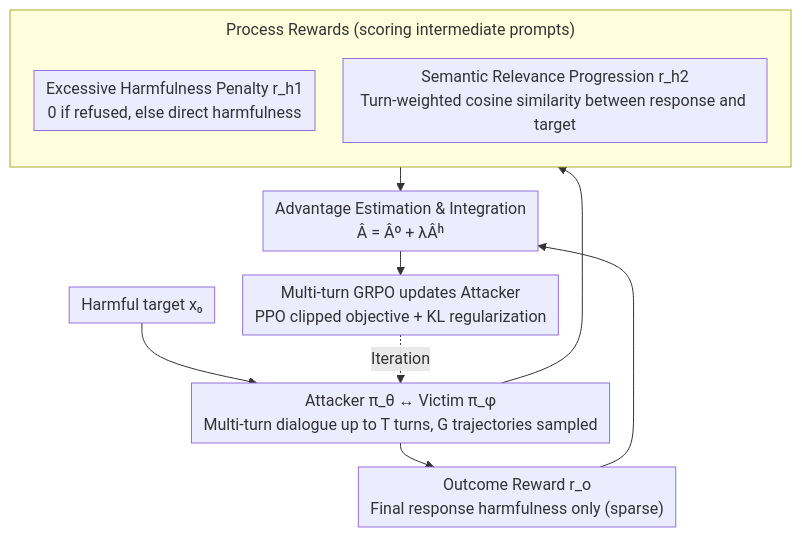
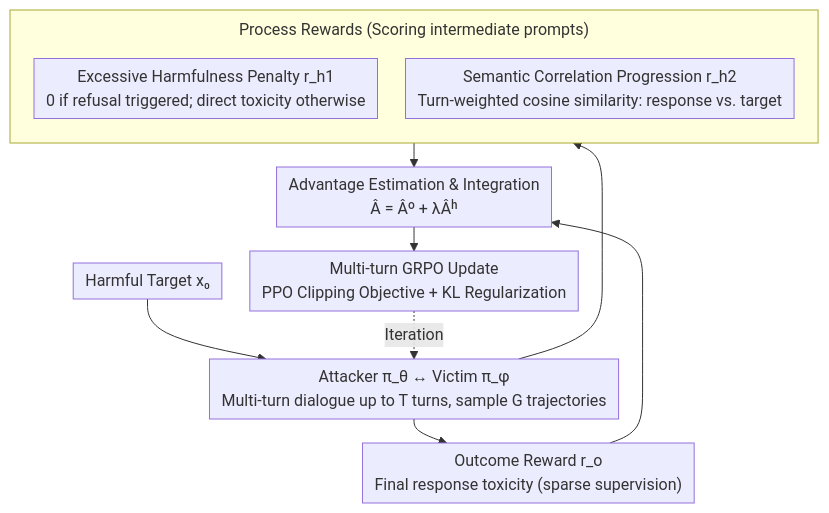
Before and after one commit to zhaoyang97/Paper-Notes-en: the diagram in docs/ACL2026/llm_safety/trojail_trajectory-level_optimization_for_multi-turn_large_language_model_jailbr.md, drawn with Mermaid. The commit also changed other lines of this file and 5084 other files, not shown here.

````diff
--- a/docs/ACL2026/llm_safety/trojail_trajectory-level_optimization_for_multi-turn_large_language_model_jailbr.md
+++ b/docs/ACL2026/llm_safety/trojail_trajectory-level_optimization_for_multi-turn_large_language_model_jailbr.md
@@ -45,16 +45,16 @@
 ```mermaid
 %%{init: {'flowchart': {'rankSpacing': 24, 'nodeSpacing': 28, 'padding': 6, 'wrappingWidth': 400, 'subGraphTitleMargin': {'top': 8, 'bottom': 16}}}}%%
 flowchart TD
-    A["Harmful target x₀"] --> B["Attacker π_θ ↔ Victim π_φ<br/>Multi-turn dialogue up to T turns, G trajectories sampled"]
-    B --> C["Outcome Reward r_o<br/>Final response harmfulness only (sparse)"]
-    subgraph PR["Process Rewards (scoring intermediate prompts)"]
+    A["Harmful Target x₀"] --> B["Attacker π_θ ↔ Victim π_φ<br/>Multi-turn dialogue up to T turns, sample G trajectories"]
+    B --> C["Outcome Reward r_o<br/>Final response toxicity (sparse supervision)"]
+    subgraph PR["Process Rewards (Scoring intermediate prompts)"]
         direction TB
-        D1["Excessive Harmfulness Penalty r_h1<br/>0 if refused, else direct harmfulness"]
-        D2["Semantic Relevance Progression r_h2<br/>Turn-weighted cosine similarity between response and target"]
+        D1["Excessive Harmfulness Penalty r_h1<br/>0 if refusal triggered; direct toxicity otherwise"]
+        D2["Semantic Correlation Progression r_h2<br/>Turn-weighted cosine similarity: response vs. target"]
     end
     B --> PR
     C --> E["Advantage Estimation & Integration<br/>Â = Âᵒ + λÂʰ"]
     PR --> E
-    E --> F["Multi-turn GRPO updates Attacker<br/>PPO clipped objective + KL regularization"]
+    E --> F["Multi-turn GRPO Update<br/>PPO Clipping Objective + KL Regularization"]
     F -.->|Iteration| B
 ```
````
